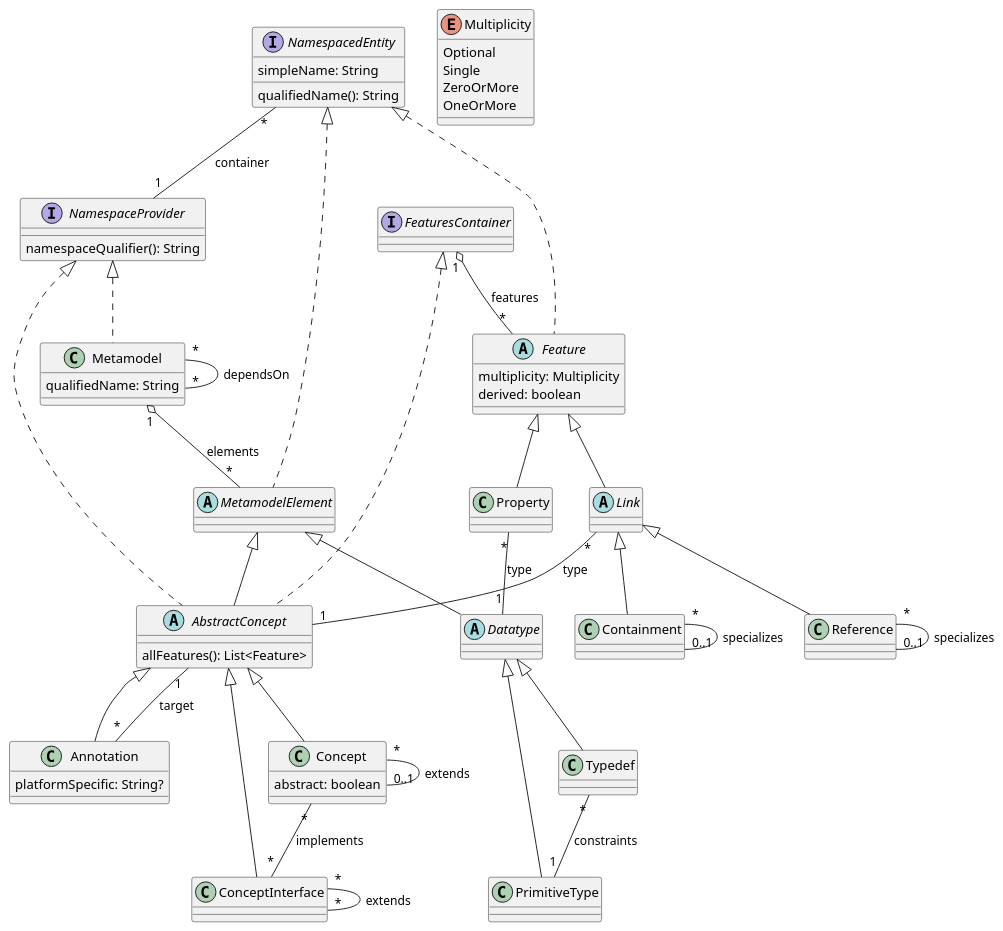
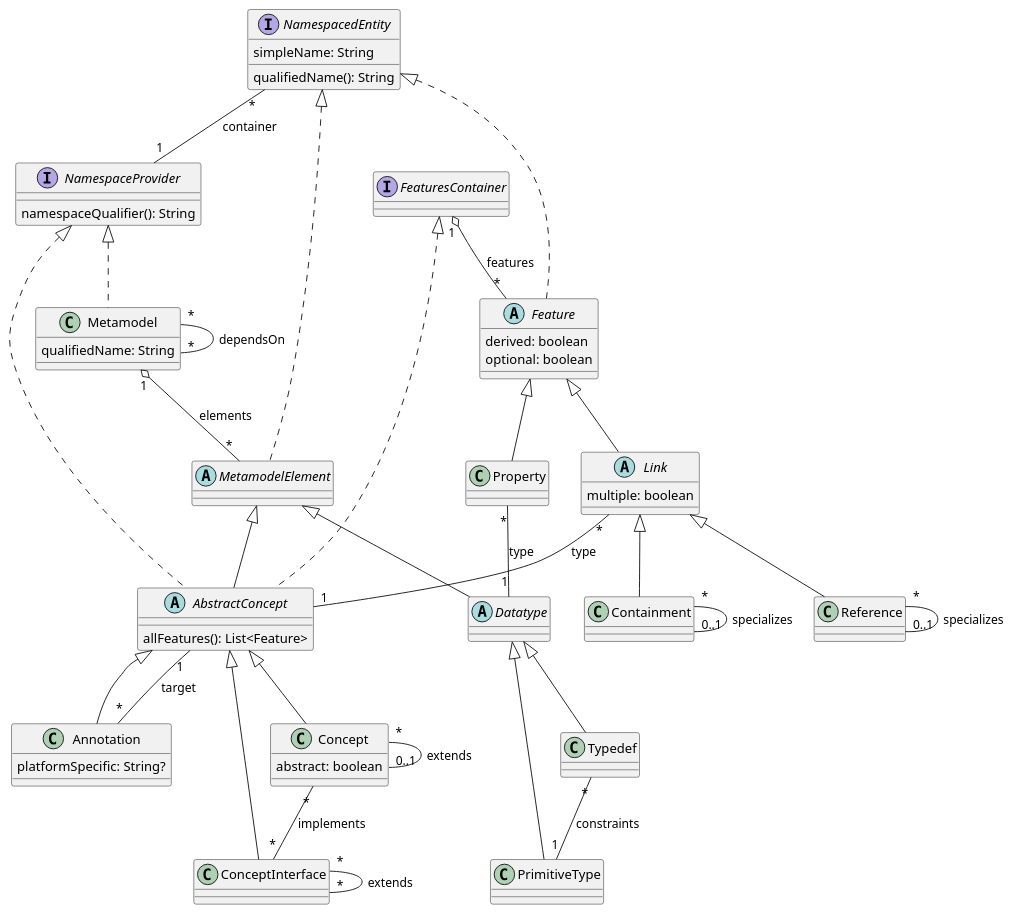
Before and after one commit to LionWeb-io/specification: the diagram in lioncore/metametamodel.puml, drawn with PlantUML.

Commit message:
reflected #22 in M3 diagram

```diff
--- a/lioncore/metametamodel.puml
+++ b/lioncore/metametamodel.puml
@@ -1,89 +1,84 @@
 @startuml
 
 
 abstract class AbstractConcept extends MetamodelElement implements FeaturesContainer, NamespaceProvider {
   allFeatures(): List<Feature>
 }
 
 class Annotation extends AbstractConcept {
   platformSpecific: String?
 }
 
 class Concept extends AbstractConcept {
   abstract: boolean
 }
 
 class ConceptInterface extends AbstractConcept
 
 class Containment extends Link
 
 abstract class Datatype extends MetamodelElement
 
 abstract class Feature implements NamespacedEntity {
-  multiplicity: Multiplicity
   derived: boolean
+  optional: boolean
 }
 
 interface FeaturesContainer
 
-abstract class Link extends Feature
+abstract class Link extends Feature {
+  multiple: boolean
+}
 
 class Metamodel implements NamespaceProvider {
   qualifiedName: String
 }
 
 abstract class MetamodelElement implements NamespacedEntity
-
-enum Multiplicity {
-  Optional
-  Single
-  ZeroOrMore
-  OneOrMore
-}
 
 interface NamespaceProvider {
   namespaceQualifier(): String
 }
 
 interface NamespacedEntity {
   simpleName: String
   qualifiedName(): String
 }
 
 class PrimitiveType extends Datatype
 
 class Property extends Feature
 
 class Reference extends Link
 
 class Typedef extends Datatype
 
 
 ' relations:
 
 Annotation "*" -- "1" AbstractConcept: target
 
 Concept "*" -- "0..1" Concept: extends
 Concept "*" -- "*" ConceptInterface: implements
 
 ConceptInterface "*" -- "*" ConceptInterface: extends
 
 Containment "*" -- "0..1" Containment: specializes
 
 FeaturesContainer "1" o-- "*" Feature: features
 
 Link "*" -- "1" AbstractConcept: type
 
 Metamodel "1" o-- "*" MetamodelElement: elements
 Metamodel "*" -- "*" Metamodel: dependsOn
 
 NamespacedEntity "*" -- "1" NamespaceProvider: container
 
 Property "*" -- "1" Datatype: type
 
 Reference "*" -- "0..1" Reference: specializes
 
 Typedef "*" -- "1" PrimitiveType: constraints
 
 
 @enduml
```
